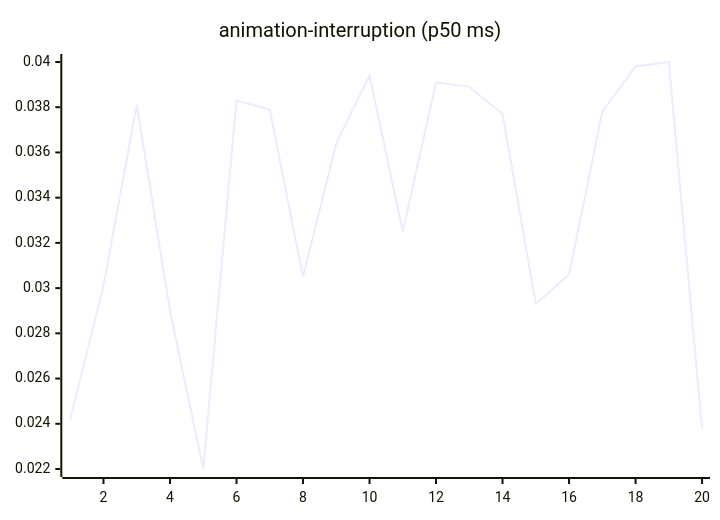
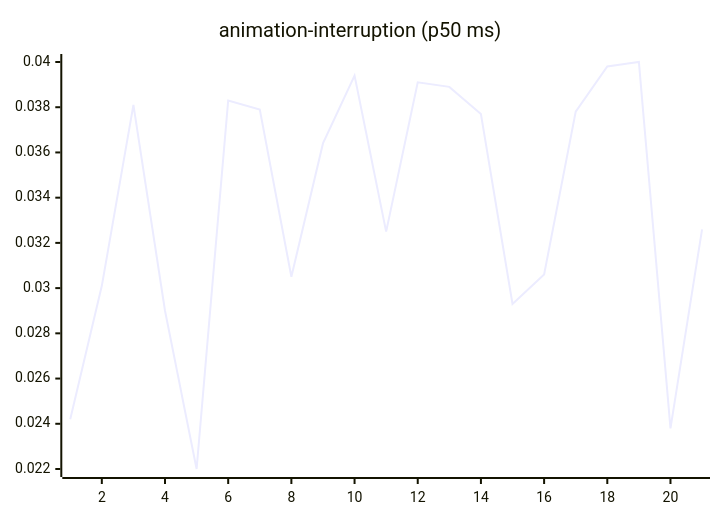
Before and after one commit to josha/Facet: the third of 27 diagrams in README.md, drawn with Mermaid. The commit also changed other lines of this file and 2 other files, not shown here.

````diff
--- a/README.md
+++ b/README.md
@@ -77,6 +77,6 @@
 ```mermaid
 xychart-beta
     title "animation-interruption (p50 ms)"
-    x-axis 1 --> 20
-    line [0.0242, 0.0301, 0.0381, 0.0290, 0.0220, 0.0383, 0.0379, 0.0305, 0.0364, 0.0394, 0.0325, 0.0391, 0.0389, 0.0377, 0.0293, 0.0306, 0.0378, 0.0398, 0.0400, 0.0238]
+    x-axis 1 --> 21
+    line [0.0242, 0.0301, 0.0381, 0.0290, 0.0220, 0.0383, 0.0379, 0.0305, 0.0364, 0.0394, 0.0325, 0.0391, 0.0389, 0.0377, 0.0293, 0.0306, 0.0378, 0.0398, 0.0400, 0.0238, 0.0326]
 ```
````
